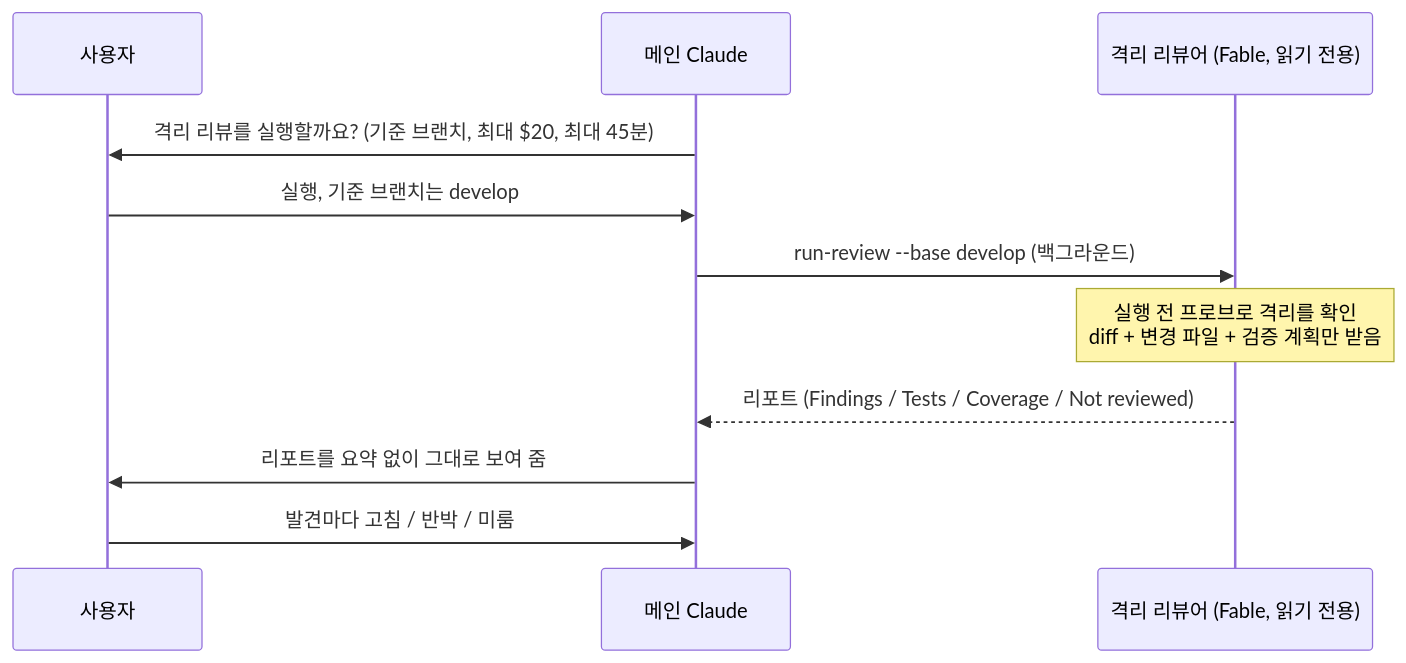
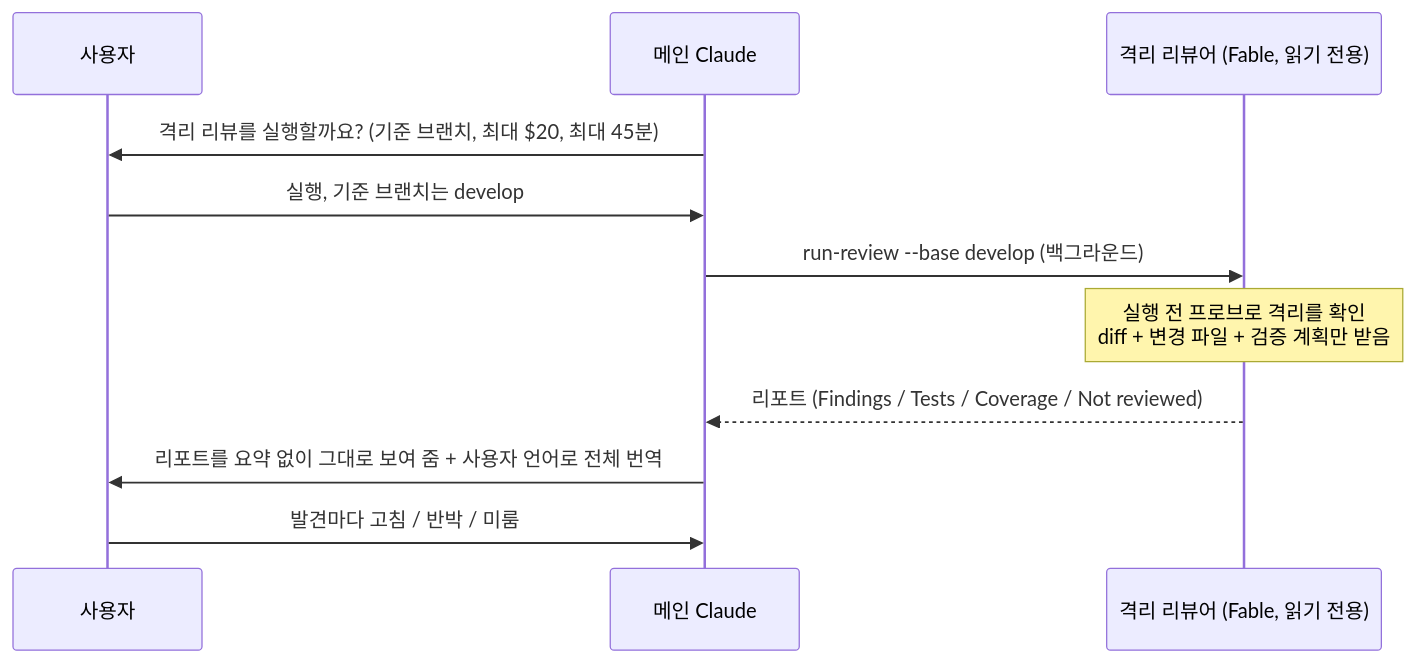
One commit to GunwooYun/claude-code-orchestrator changed the fifth of 6 diagrams in README.md. Above: the diagram before and after it, drawn with Mermaid. The commit also changed other lines of this file and 2 other files, not shown here.

````diff
--- a/README.md
+++ b/README.md
@@ -362,13 +412,13 @@
 ```mermaid
 sequenceDiagram
     participant U as 사용자
     participant M as 메인 Claude
     participant R as 격리 리뷰어 (Fable, 읽기 전용)
     M->>U: 격리 리뷰를 실행할까요? (기준 브랜치, 최대 $20, 최대 45분)
     U->>M: 실행, 기준 브랜치는 develop
     M->>R: run-review --base develop (백그라운드)
     Note over R: 실행 전 프로브로 격리를 확인<br/>diff + 변경 파일 + 검증 계획만 받음
     R-->>M: 리포트 (Findings / Tests / Coverage / Not reviewed)
-    M->>U: 리포트를 요약 없이 그대로 보여 줌
+    M->>U: 리포트를 요약 없이 그대로 보여 줌 + 사용자 언어로 전체 번역
     U->>M: 발견마다 고침 / 반박 / 미룸
 ```
````
